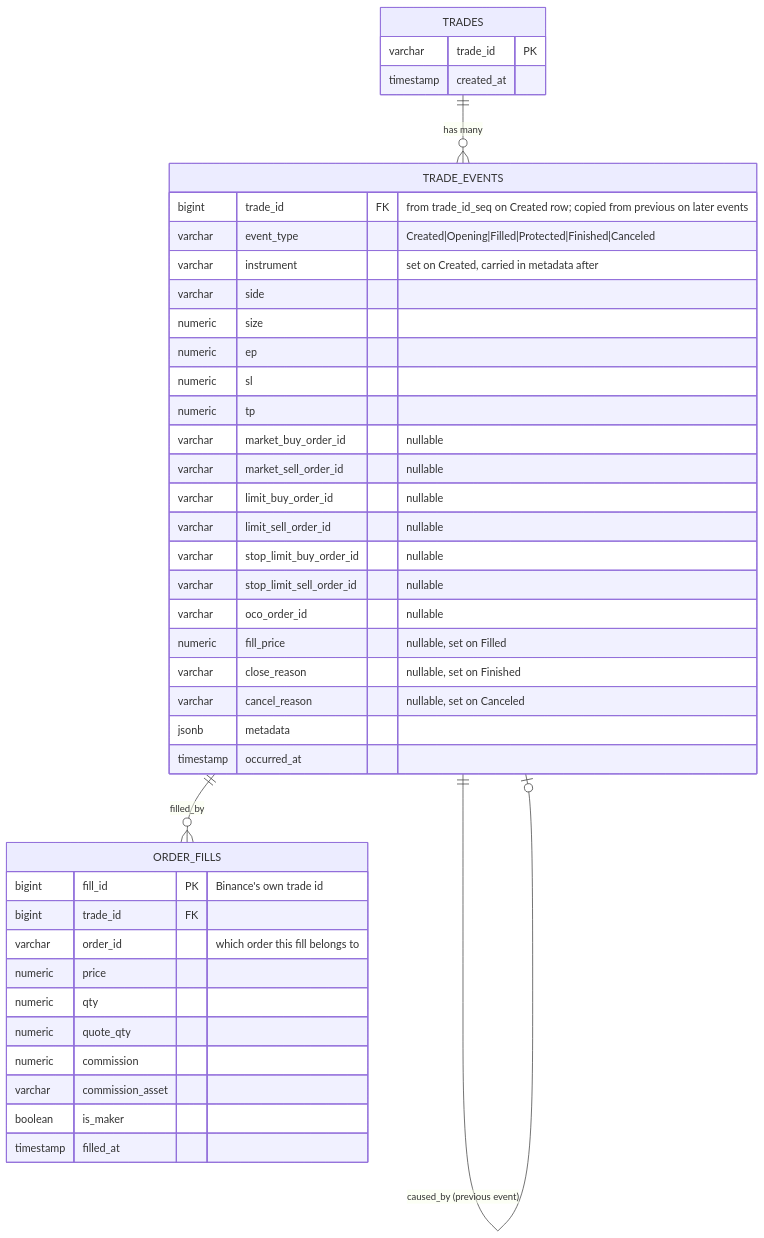
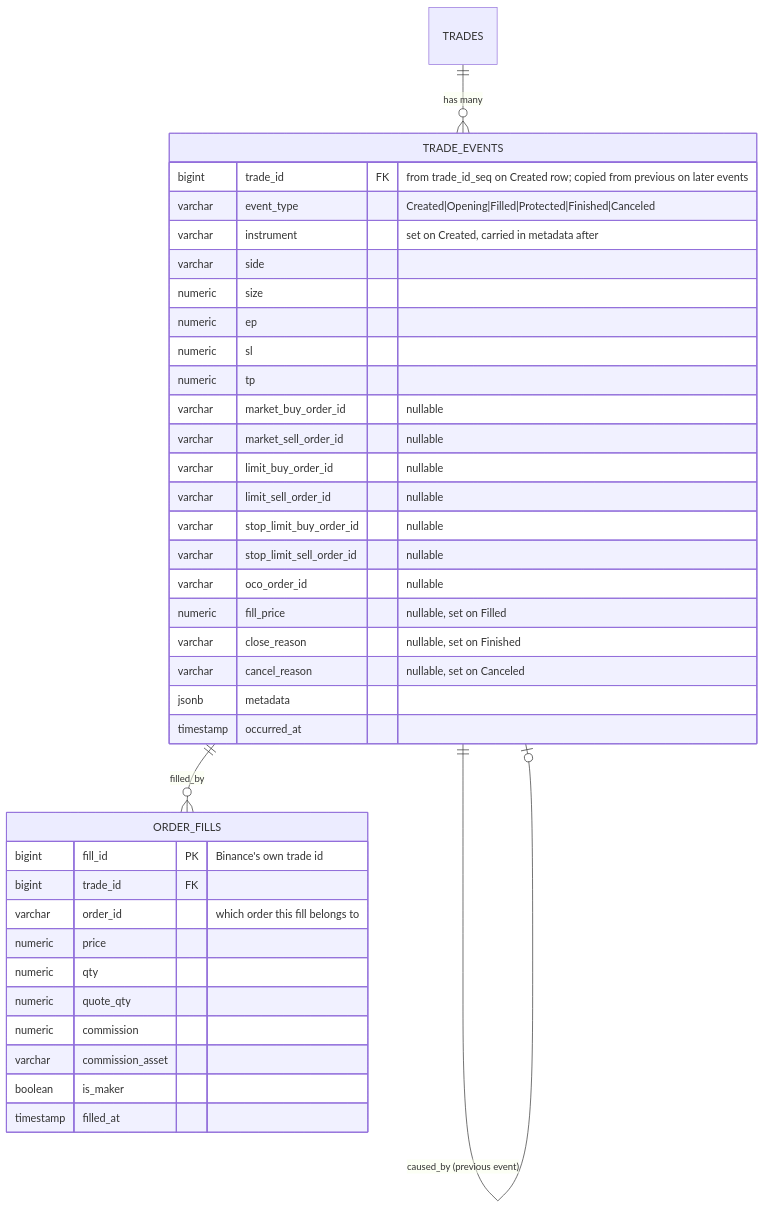
Before and after one commit to Andy11011/EDGEngine: the diagram in Arch/EdgeTrader/TradesEventSourcingER.md, drawn with Mermaid. The commit also changed 1 other file, not shown here.

Commit message:
Implementing new Main Control Flow - 3 (adding postgres support - 4)

````diff
--- a/Arch/EdgeTrader/TradesEventSourcingER.md
+++ b/Arch/EdgeTrader/TradesEventSourcingER.md
@@ -1,48 +1,43 @@
 ```mermaid
 erDiagram
     TRADES ||--o{ TRADE_EVENTS : "has many"
     TRADE_EVENTS ||--o| TRADE_EVENTS : "caused_by (previous event)"
-
-    TRADES {
-        varchar trade_id PK
-        timestamp created_at
-    }
 
     TRADE_EVENTS {
         bigint trade_id FK "from trade_id_seq on Created row; copied from previous on later events"
         varchar event_type "Created|Opening|Filled|Protected|Finished|Canceled"
         varchar instrument "set on Created, carried in metadata after"
         varchar side
         numeric size
         numeric ep
         numeric sl
         numeric tp
         varchar market_buy_order_id "nullable"
         varchar market_sell_order_id "nullable"
         varchar limit_buy_order_id "nullable"
         varchar limit_sell_order_id "nullable"
         varchar stop_limit_buy_order_id "nullable"
         varchar stop_limit_sell_order_id "nullable"
         varchar oco_order_id "nullable"
         numeric fill_price "nullable, set on Filled"
         varchar close_reason "nullable, set on Finished"
         varchar cancel_reason "nullable, set on Canceled"
         jsonb metadata
         timestamp occurred_at
     }
 
     TRADE_EVENTS ||--o{ ORDER_FILLS : "filled_by"
 
     ORDER_FILLS {
         bigint fill_id PK "Binance's own trade id"
         bigint trade_id FK
         varchar order_id "which order this fill belongs to"
         numeric price
         numeric qty
         numeric quote_qty
         numeric commission
         varchar commission_asset
         boolean is_maker
         timestamp filled_at
     }
 ```
````
